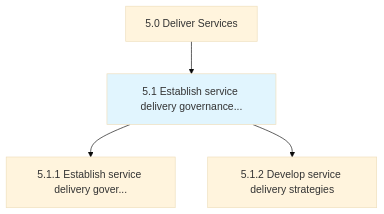
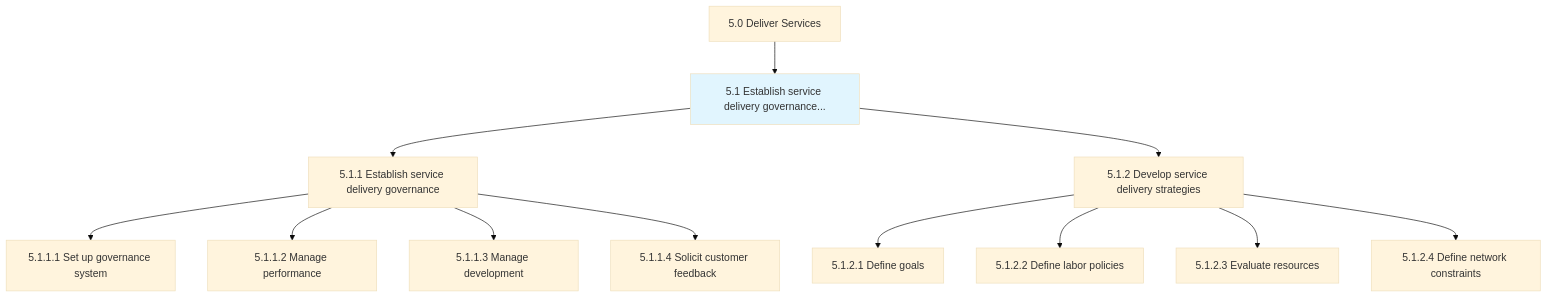
Before and after one commit to kziemski/business.org.ai: the first of 3 diagrams in processes/05-Services/5.1-EstablishServiceDeliveryGovernance/index.mdx, drawn with Mermaid (base theme). The commit also changed other lines of this file and 67 other files, not shown here.

````diff
--- a/processes/05-Services/5.1-EstablishServiceDeliveryGovernance/index.mdx
+++ b/processes/05-Services/5.1-EstablishServiceDeliveryGovernance/index.mdx
@@ -25,8 +27,18 @@
 ```mermaid
 graph TD
     C5["5.0 Deliver Services"]
     C5 --> N5_1["5.1 Establish service delivery governance..."]
     style N5_1 fill:#e1f5fe
-    N5_1 --> N5_1_1["5.1.1 Establish service delivery gover..."]
+    N5_1 --> N5_1_1["5.1.1 Establish service delivery governance"]
     N5_1 --> N5_1_2["5.1.2 Develop service delivery strategies"]
+
+    N5_1_1 --> A5_1_1_1["5.1.1.1 Set up governance system"]
+    N5_1_1 --> A5_1_1_2["5.1.1.2 Manage performance"]
+    N5_1_1 --> A5_1_1_3["5.1.1.3 Manage development"]
+    N5_1_1 --> A5_1_1_4["5.1.1.4 Solicit customer feedback"]
+
+    N5_1_2 --> A5_1_2_1["5.1.2.1 Define goals"]
+    N5_1_2 --> A5_1_2_2["5.1.2.2 Define labor policies"]
+    N5_1_2 --> A5_1_2_3["5.1.2.3 Evaluate resources"]
+    N5_1_2 --> A5_1_2_4["5.1.2.4 Define network constraints"]
 ```
````
